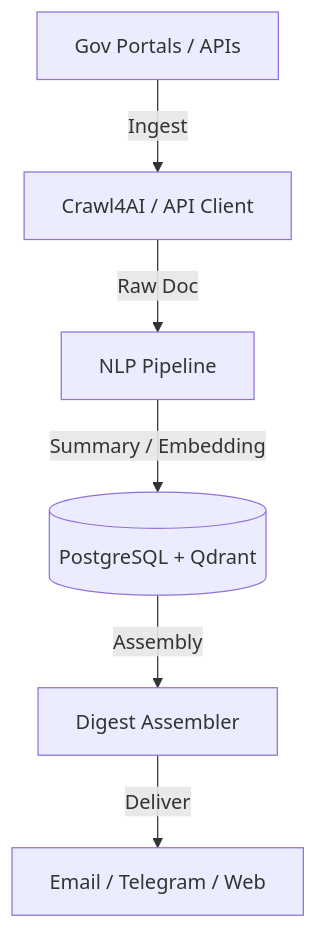
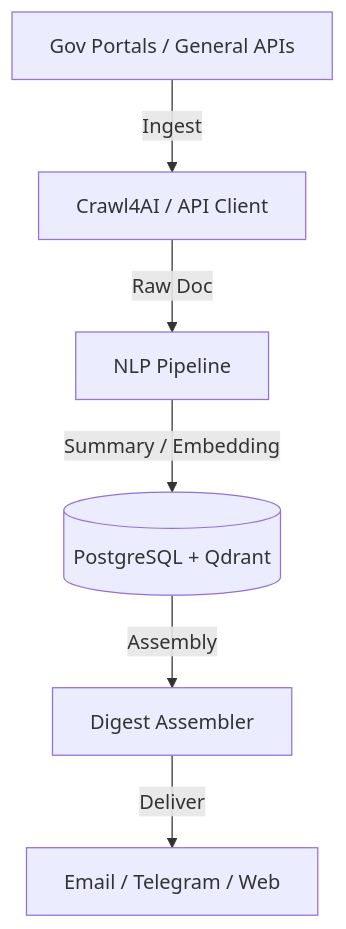
The diagram in README.md (bhavik-mangla/aipulse-backend), drawn with Mermaid before and after one commit. The commit also changed other lines of this file, not shown here.

Commit message:
docs: rebrand to AIPulse and expand scope to general sources

````diff
--- a/README.md
+++ b/README.md
@@ -50,8 +50,8 @@
 ```mermaid
 graph TD
-    Sources[Gov Portals / APIs] -->|Ingest| Crawler[Crawl4AI / API Client]
+    Sources[Gov Portals / General APIs] -->|Ingest| Crawler[Crawl4AI / API Client]
     Crawler -->|Raw Doc| Pipeline[NLP Pipeline]
     Pipeline -->|Summary / Embedding| DB[(PostgreSQL + Qdrant)]
     DB -->|Assembly| Digest[Digest Assembler]
     Digest -->|Deliver| Channels[Email / Telegram / Web]
 ```
````
